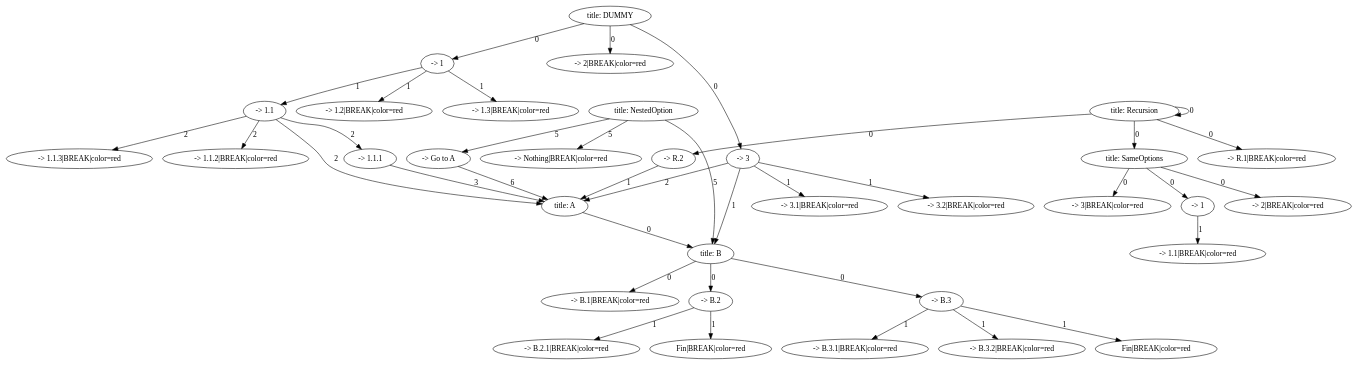
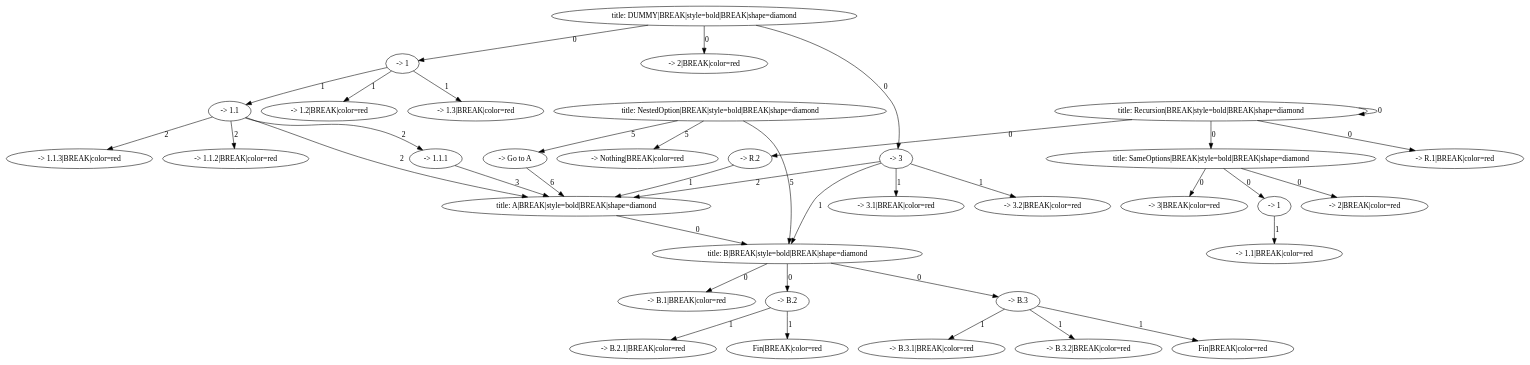
One commit to PraxTube/lost-oppai changed the diagram in dialogue_graph/DUMMY.dot. Above: the diagram before and after it, drawn with Graphviz. The commit also changed 1 other file, not shown here.

```diff
--- a/dialogue_graph/DUMMY.dot
+++ b/dialogue_graph/DUMMY.dot
@@ -1,72 +1,72 @@
 digraph {
-    0 [ label = "title: DUMMY" ]
-    1 [ label = "title: A" ]
-    2 [ label = "title: B" ]
-    3 [ label = "title: Recursion" ]
-    4 [ label = "title: SameOptions" ]
-    5 [ label = "title: NestedOption" ]
+    0 [ label = "title: DUMMY|BREAK|style=bold|BREAK|shape=diamond" ]
+    1 [ label = "title: A|BREAK|style=bold|BREAK|shape=diamond" ]
+    2 [ label = "title: B|BREAK|style=bold|BREAK|shape=diamond" ]
+    3 [ label = "title: Recursion|BREAK|style=bold|BREAK|shape=diamond" ]
+    4 [ label = "title: SameOptions|BREAK|style=bold|BREAK|shape=diamond" ]
+    5 [ label = "title: NestedOption|BREAK|style=bold|BREAK|shape=diamond" ]
     6 [ label = "-> 1" ]
     7 [ label = "-> 1.1" ]
     8 [ label = "-> 1.1.1" ]
     9 [ label = "-> 1.1.2|BREAK|color=red" ]
     10 [ label = "-> 1.1.3|BREAK|color=red" ]
     11 [ label = "-> 1.2|BREAK|color=red" ]
     12 [ label = "-> 1.3|BREAK|color=red" ]
     13 [ label = "-> 2|BREAK|color=red" ]
     14 [ label = "-> 3" ]
     15 [ label = "-> 3.1|BREAK|color=red" ]
     16 [ label = "-> 3.2|BREAK|color=red" ]
     17 [ label = "-> B.1|BREAK|color=red" ]
     18 [ label = "-> B.2" ]
     19 [ label = "Fin|BREAK|color=red" ]
     20 [ label = "-> B.2.1|BREAK|color=red" ]
     21 [ label = "-> B.3" ]
     22 [ label = "-> B.3.1|BREAK|color=red" ]
     23 [ label = "-> B.3.2|BREAK|color=red" ]
     24 [ label = "Fin|BREAK|color=red" ]
     25 [ label = "-> R.1|BREAK|color=red" ]
     26 [ label = "-> R.2" ]
     27 [ label = "-> 1" ]
     28 [ label = "-> 1.1|BREAK|color=red" ]
     29 [ label = "-> 2|BREAK|color=red" ]
     30 [ label = "-> 3|BREAK|color=red" ]
     31 [ label = "-> Go to A" ]
     32 [ label = "-> Nothing|BREAK|color=red" ]
     0 -> 6 [ label = "0" ]
     6 -> 7 [ label = "1" ]
     7 -> 8 [ label = "2" ]
     8 -> 1 [ label = "3" ]
     7 -> 1 [ label = "2" ]
     7 -> 9 [ label = "2" ]
     7 -> 10 [ label = "2" ]
     6 -> 11 [ label = "1" ]
     6 -> 12 [ label = "1" ]
     0 -> 13 [ label = "0" ]
     0 -> 14 [ label = "0" ]
     14 -> 15 [ label = "1" ]
     14 -> 16 [ label = "1" ]
     14 -> 1 [ label = "2" ]
     14 -> 2 [ label = "1" ]
     1 -> 2 [ label = "0" ]
     2 -> 17 [ label = "0" ]
     2 -> 18 [ label = "0" ]
     18 -> 19 [ label = "1" ]
     18 -> 20 [ label = "1" ]
     2 -> 21 [ label = "0" ]
     21 -> 22 [ label = "1" ]
     21 -> 23 [ label = "1" ]
     21 -> 24 [ label = "1" ]
     3 -> 25 [ label = "0" ]
     3 -> 4 [ label = "0" ]
     3 -> 26 [ label = "0" ]
     26 -> 1 [ label = "1" ]
     3 -> 3 [ label = "0" ]
     4 -> 27 [ label = "0" ]
     27 -> 28 [ label = "1" ]
     4 -> 29 [ label = "0" ]
     4 -> 30 [ label = "0" ]
     5 -> 31 [ label = "5" ]
     31 -> 1 [ label = "6" ]
     5 -> 32 [ label = "5" ]
     5 -> 2 [ label = "5" ]
 }
```
